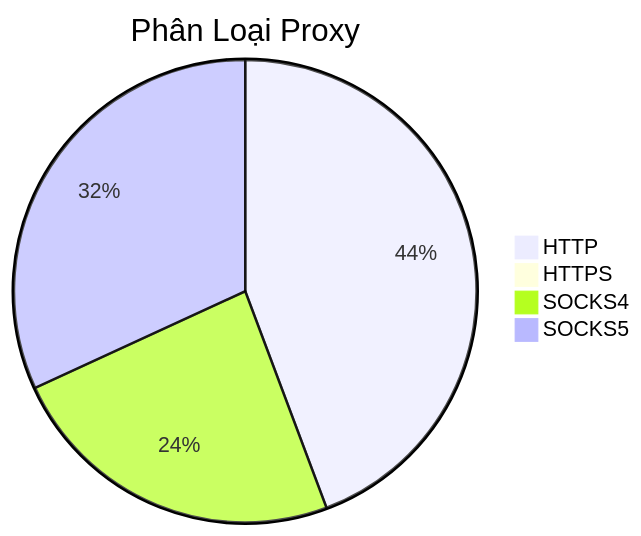
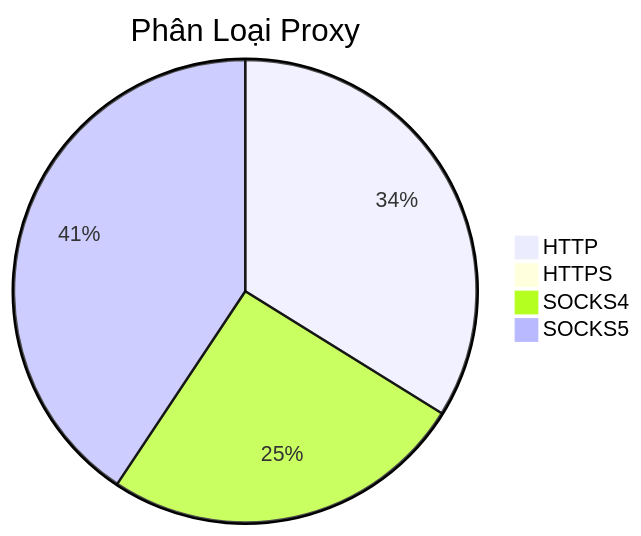
The diagram in README.md (Ciara-12/PROXY-free), drawn with Mermaid before and after one commit. The commit also changed other lines of this file and 3 other files, not shown here.

````diff
--- a/README.md
+++ b/README.md
@@ -26,7 +26,7 @@
 ```mermaid
 pie title Phân Loại Proxy
-    "HTTP" : 620
+    "HTTP" : 417
     "HTTPS" : 0
-    "SOCKS4" : 334
-    "SOCKS5" : 446
+    "SOCKS4" : 314
+    "SOCKS5" : 501
 ```
````
